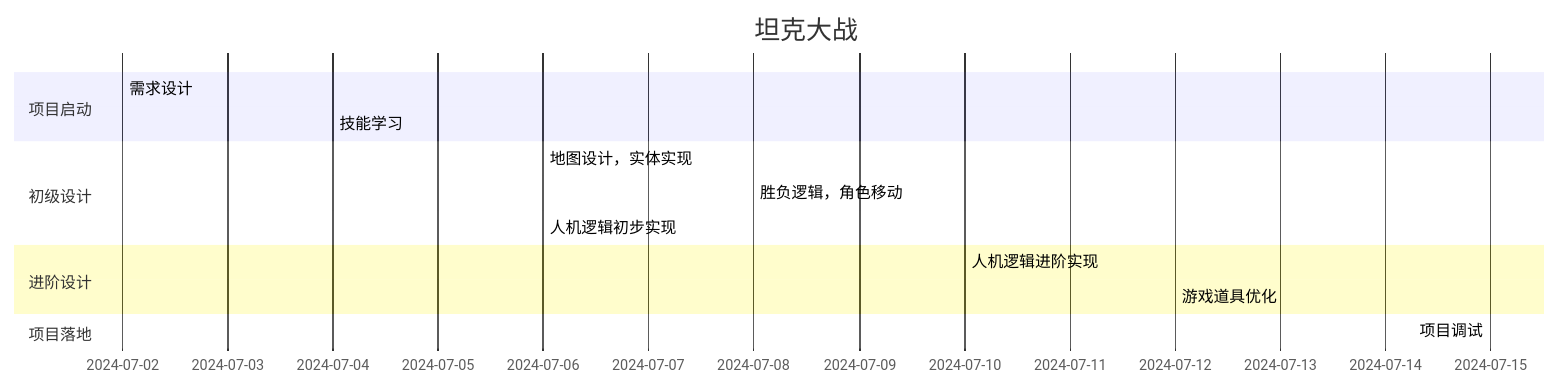
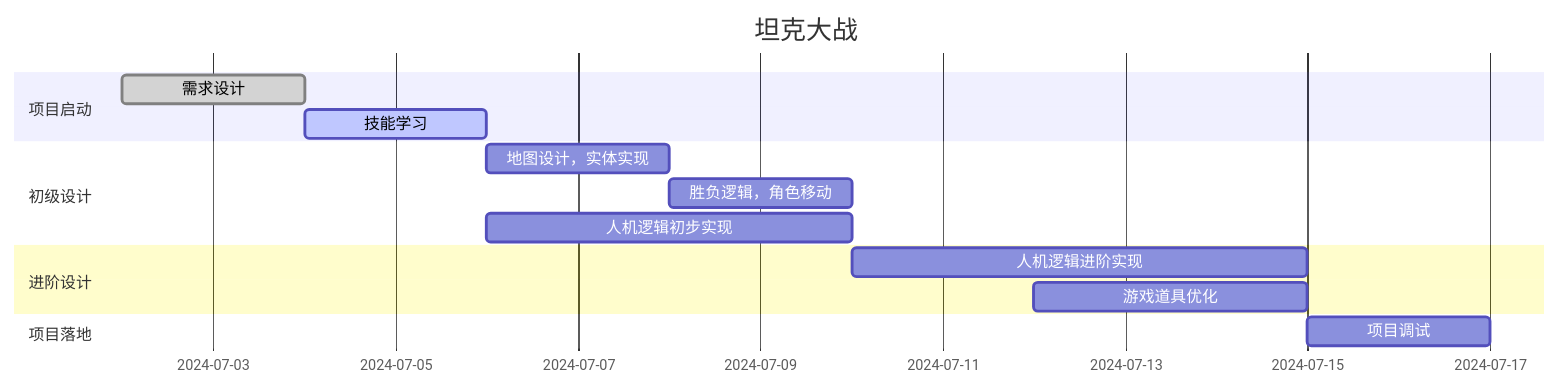
Before and after one commit to bjhh2005/tank_fire: the third of 3 diagrams in README.md, drawn with Mermaid. The commit also changed other lines of this file and 2 other files, not shown here.

Commit message:
项目任务分配

````diff
--- a/README.md
+++ b/README.md
@@ -237,18 +238,17 @@
 ```mermaid
 gantt
     title 坦克大战
     dateFormat  YYYY-MM-DD
     section 项目启动
-    需求设计:2024-7-2, 2024-7-3
-    技能学习:2024-7-4,2024-7-6 
+    需求设计:done , 2024-7-2, 2d
+    技能学习:active,2024-7-4, 2d 
     section 初级设计
-    地图设计，实体实现:2024-7-6, 2024-7-7
-    胜负逻辑，角色移动:2024-7-8,2024-7-9
-    人机逻辑初步实现: 2024-7-6,2024-7-9
+    地图设计，实体实现:2024-7-6, 2d
+    胜负逻辑，角色移动:2024-7-8, 2d 
+    人机逻辑初步实现: 2024-7-6 , 4d
     section 进阶设计
-    人机逻辑进阶实现: 2024-7-10,2024-7-14
-    游戏道具优化: 2024-7-12, 2024-7-15
+    人机逻辑进阶实现: 2024-7-10,5d
+    游戏道具优化: 2024-7-12, 3d
     section 项目落地
-    项目调试: 2024-7-15,2024-7-17
-
+    项目调试: 2024-7-15,2d
 ```
````
